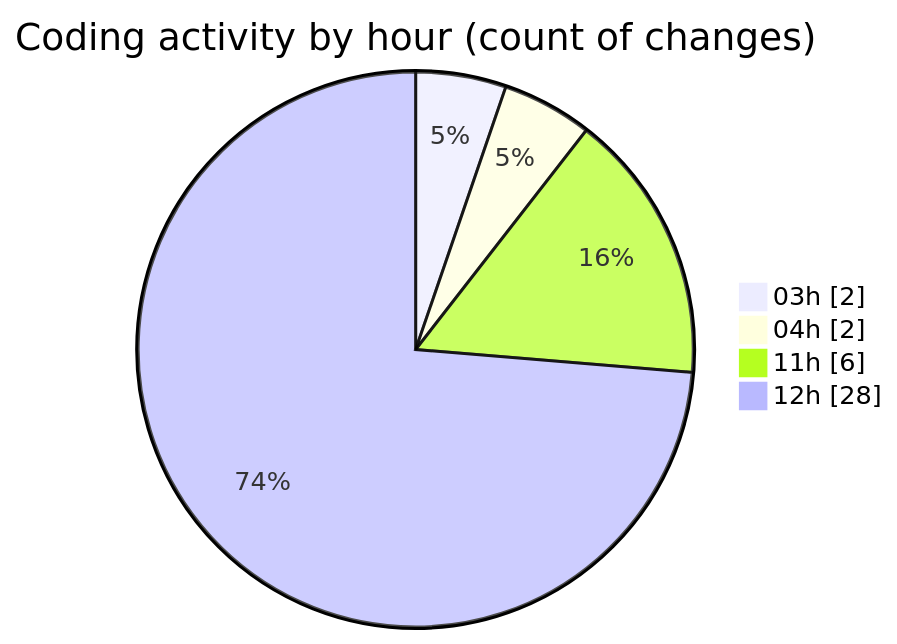
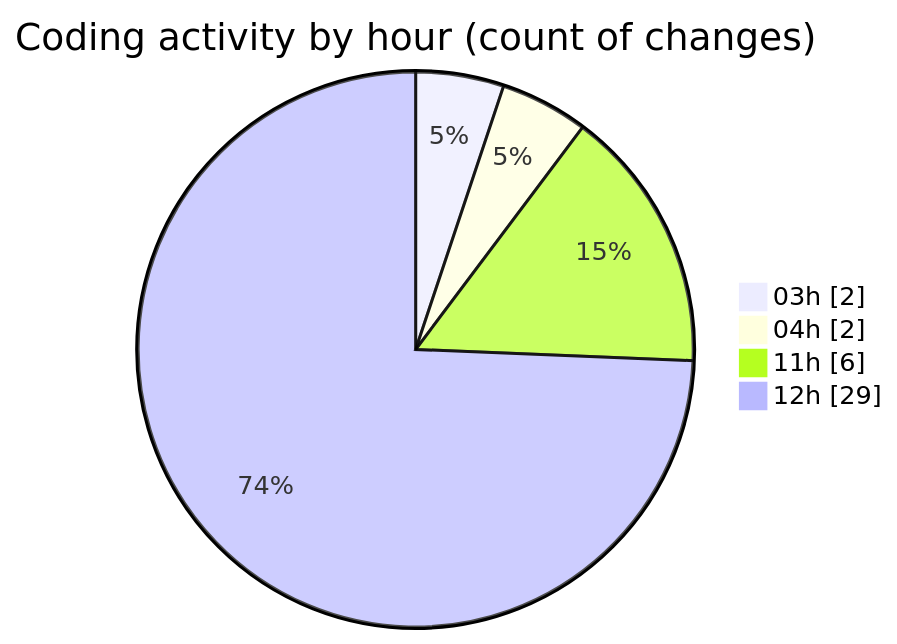
Before and after one commit to FelipKnott/code-tracking: the second of 2 diagrams in 2025-07-04/cursor/README.md, drawn with Mermaid. The commit also changed other lines of this file and 1 other file, not shown here.

````diff
--- a/2025-07-04/cursor/README.md
+++ b/2025-07-04/cursor/README.md
@@ -45,8 +45,8 @@
 ```mermaid
 pie showData
 title Coding activity by hour (count of changes)
 "03h" : 2
 "04h" : 2
 "11h" : 6
-"12h" : 28
+"12h" : 29
 ```
````
